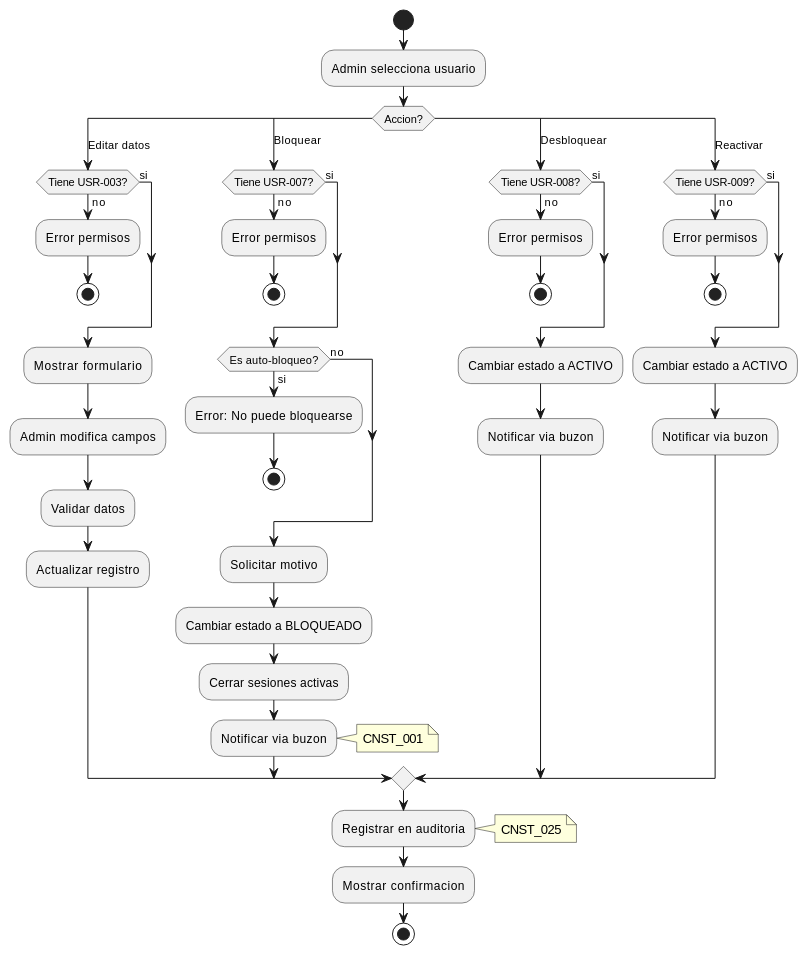
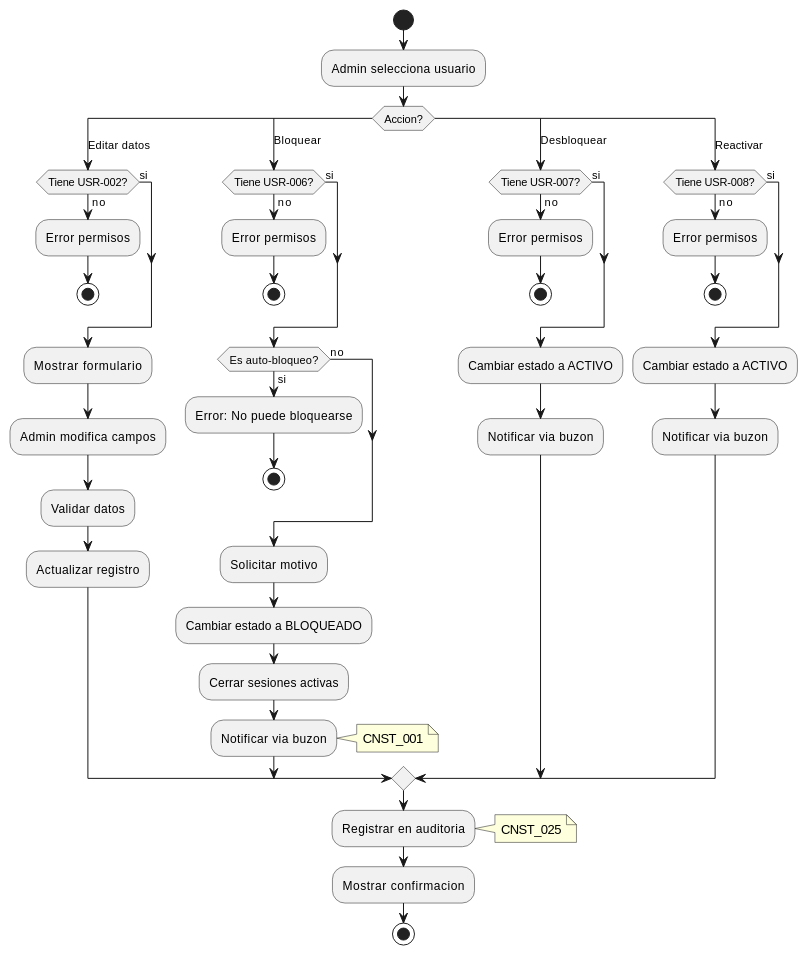
One commit to jcg-admin/IACT-docs changed the third of 3 diagrams in source/requisitos/casos-uso/users/uc-usr-03-modificar-usuario.rst. Above: the diagram before and after it, drawn with PlantUML. The commit also changed other lines of this file and 8 other files, not shown here.

```diff
--- a/source/requisitos/casos-uso/users/uc-usr-03-modificar-usuario.rst
+++ b/source/requisitos/casos-uso/users/uc-usr-03-modificar-usuario.rst
@@ -446,66 +446,66 @@
 .. uml::
  :caption: Diagrama de Actividad - UC_USR_03
 
  @startuml
 
  start
 
  :Admin selecciona usuario;
 
  switch (Accion?)
  case (Editar datos)
- if (Tiene USR-003?) then (no)
+ if (Tiene USR-002?) then (no)
  :Error permisos;
  stop
  else (si)
  endif
  :Mostrar formulario;
  :Admin modifica campos;
  :Validar datos;
  :Actualizar registro;
 
  case (Bloquear)
- if (Tiene USR-007?) then (no)
+ if (Tiene USR-006?) then (no)
  :Error permisos;
  stop
  else (si)
  endif
  if (Es auto-bloqueo?) then (si)
  :Error: No puede bloquearse;
  stop
  else (no)
  endif
  :Solicitar motivo;
  :Cambiar estado a BLOQUEADO;
  :Cerrar sesiones activas;
  :Notificar via buzon;
  note right: CNST_001
 
  case (Desbloquear)
- if (Tiene USR-008?) then (no)
+ if (Tiene USR-007?) then (no)
  :Error permisos;
  stop
  else (si)
  endif
  :Cambiar estado a ACTIVO;
  :Notificar via buzon;
 
  case (Reactivar)
- if (Tiene USR-009?) then (no)
+ if (Tiene USR-008?) then (no)
  :Error permisos;
  stop
  else (si)
  endif
  :Cambiar estado a ACTIVO;
  :Notificar via buzon;
 
  endswitch
 
  :Registrar en auditoria;
  note right: CNST_025
 
  :Mostrar confirmacion;
 
  stop
 
  @enduml
```
